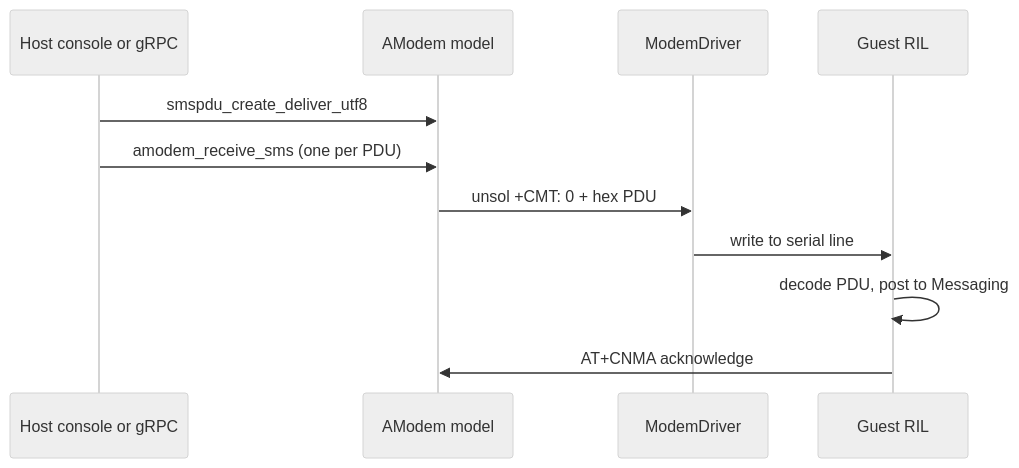
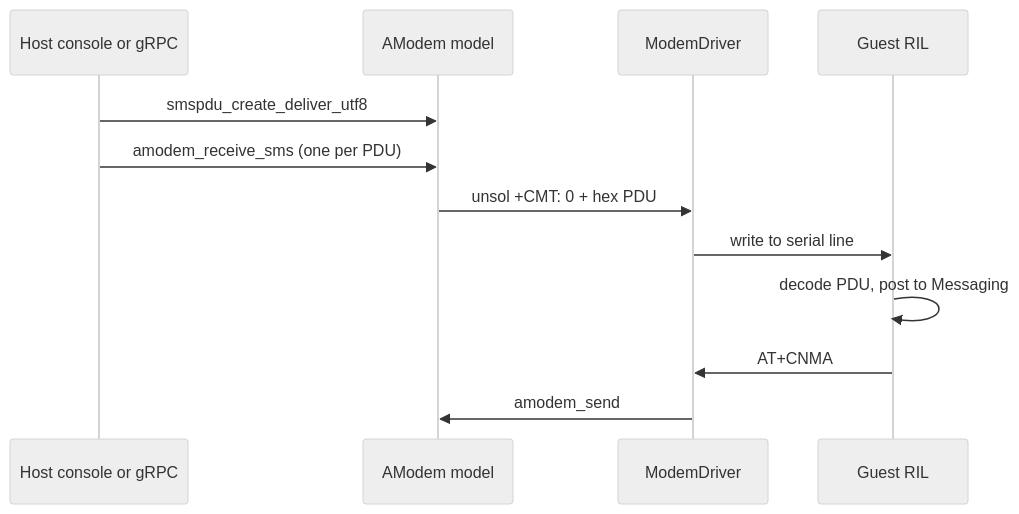
One commit to aospbooks/android-emulator-internal-book changed the fourth of 6 diagrams in 21-modem-telephony.md. Above: the diagram before and after it, drawn with Mermaid (neutral theme). The commit also changed other lines of this file and 31 other files, not shown here.

````diff
--- a/21-modem-telephony.md
+++ b/21-modem-telephony.md
@@ -317,14 +321,15 @@
 ```mermaid
 sequenceDiagram
     participant Host as Host console or gRPC
     participant AM as AModem model
     participant MD as ModemDriver
     participant RIL as Guest RIL
 
     Host->>AM: smspdu_create_deliver_utf8
     Host->>AM: amodem_receive_sms (one per PDU)
     AM->>MD: unsol +CMT: 0 + hex PDU
     MD->>RIL: write to serial line
     RIL->>RIL: decode PDU, post to Messaging
-    RIL->>AM: AT+CNMA acknowledge
+    RIL->>MD: AT+CNMA
+    MD->>AM: amodem_send
 ```
````
